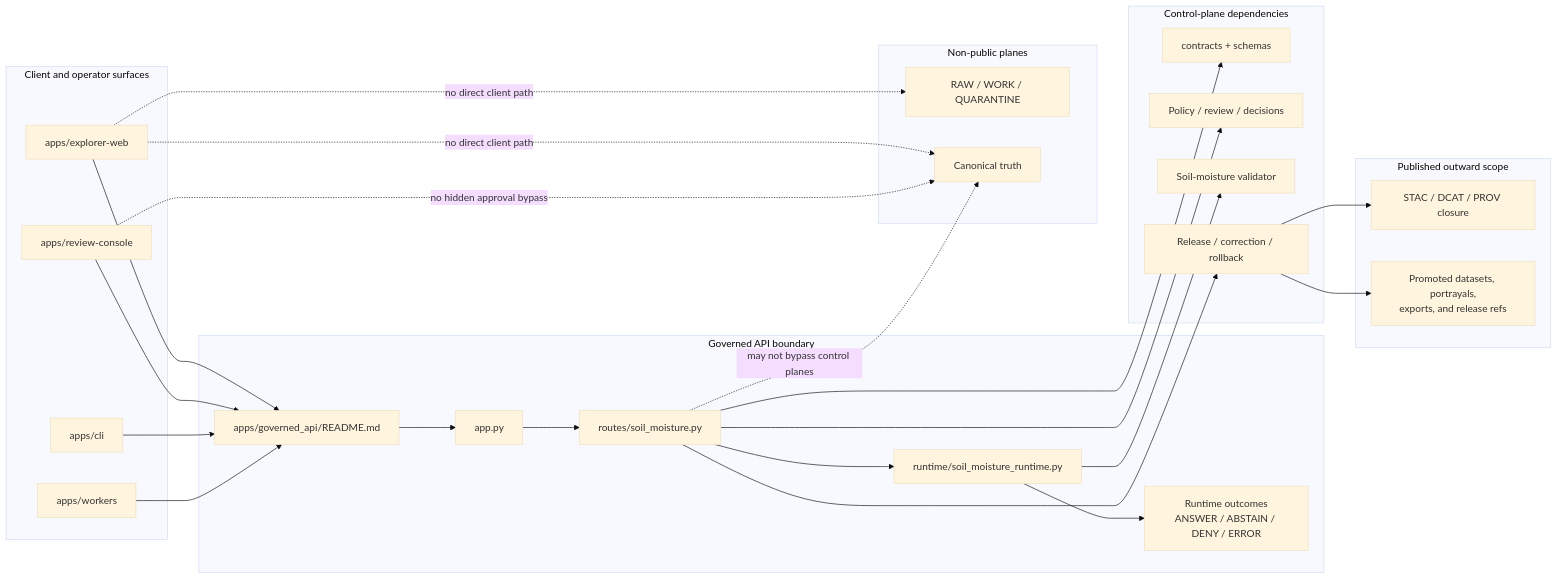
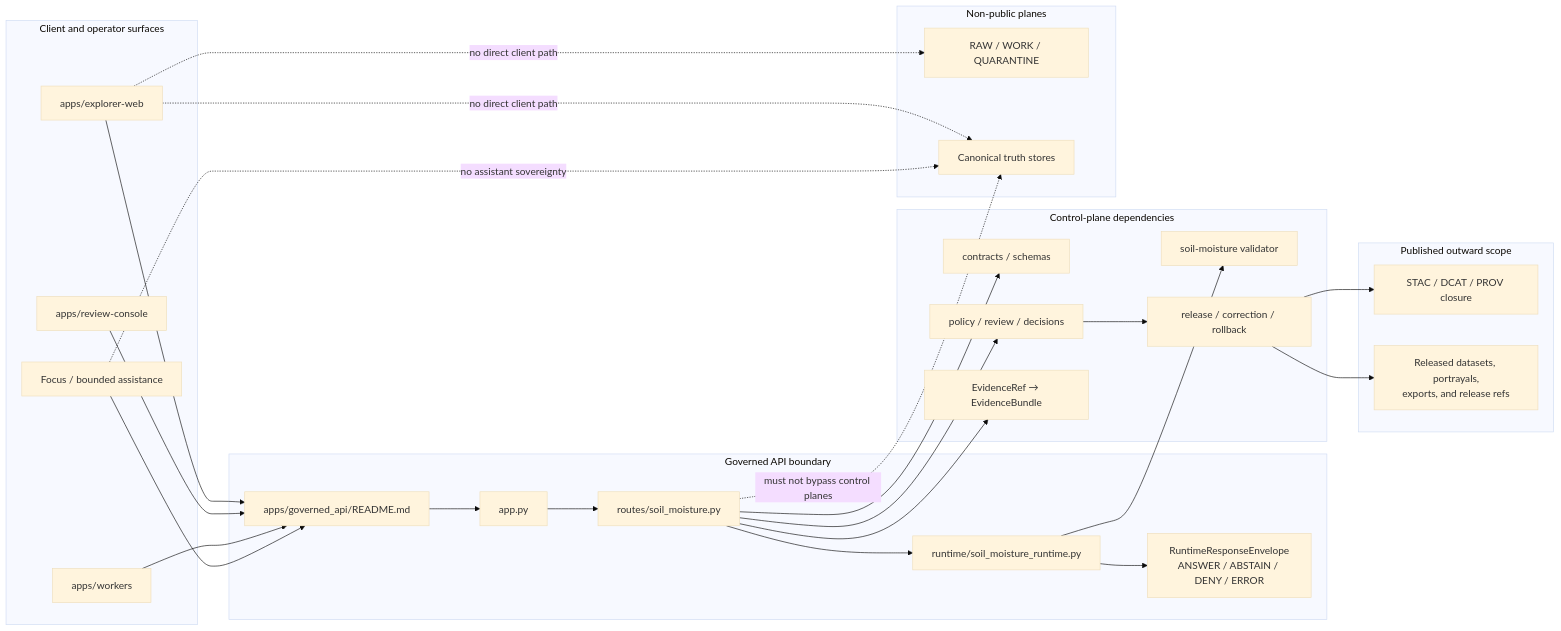
The diagram in apps/governed-api/README.md (bartytime4life/Kansas-Frontier-Matrix), drawn with Mermaid (base theme) before and after one commit. The commit also changed other lines of this file, not shown here.

````diff
--- a/apps/governed-api/README.md
+++ b/apps/governed-api/README.md
@@ -410,56 +406,59 @@
 ```mermaid
 flowchart LR
     subgraph Clients["Client and operator surfaces"]
         Explorer["apps/explorer-web"]
         Review["apps/review-console"]
-        CLI["apps/cli"]
         Workers["apps/workers"]
+        Focus["Focus / bounded assistance"]
     end
 
     subgraph Boundary["Governed API boundary"]
-        BoundaryReadme["apps/governed_api/README.md"]
+        Readme["apps/governed_api/README.md"]
         App["app.py"]
         Route["routes/soil_moisture.py"]
         Runtime["runtime/soil_moisture_runtime.py"]
-        Envelope["Runtime outcomes\nANSWER / ABSTAIN / DENY / ERROR"]
+        Outcomes["RuntimeResponseEnvelope\nANSWER / ABSTAIN / DENY / ERROR"]
     end
 
     subgraph Control["Control-plane dependencies"]
-        Contracts["contracts + schemas"]
-        Policy["Policy / review / decisions"]
-        Validator["Soil-moisture validator"]
-        Release["Release / correction / rollback"]
+        Contracts["contracts / schemas"]
+        Policy["policy / review / decisions"]
+        Validation["soil-moisture validator"]
+        Release["release / correction / rollback"]
+        Evidence["EvidenceRef → EvidenceBundle"]
     end
 
     subgraph Published["Published outward scope"]
-        Closure["STAC / DCAT / PROV closure"]
-        Releases["Promoted datasets, portrayals,\nexports, and release refs"]
+        Catalog["STAC / DCAT / PROV closure"]
+        Portrayals["Released datasets, portrayals,\nexports, and release refs"]
     end
 
     subgraph NonPublic["Non-public planes"]
         Raw["RAW / WORK / QUARANTINE"]
-        Canon["Canonical truth"]
+        Canonical["Canonical truth stores"]
     end
 
-    Explorer --> BoundaryReadme
-    Review --> BoundaryReadme
-    CLI --> BoundaryReadme
-    Workers --> BoundaryReadme
+    Explorer --> Readme
+    Review --> Readme
+    Workers --> Readme
+    Focus --> Readme
 
-    BoundaryReadme --> App
+    Readme --> App
     App --> Route
     Route --> Runtime
-    Runtime --> Envelope
-    Runtime --> Validator
+    Runtime --> Outcomes
+
     Route --> Contracts
     Route --> Policy
-    Route --> Release
+    Route --> Evidence
+    Runtime --> Validation
+    Policy --> Release
 
-    Release --> Closure
-    Release --> Releases
+    Release --> Catalog
+    Release --> Portrayals
 
-    Explorer -. no direct client path .-> Raw
-    Explorer -. no direct client path .-> Canon
-    Route -. may not bypass control planes .-> Canon
-    Review -. no hidden approval bypass .-> Canon
+    Explorer -. "no direct client path" .-> Raw
+    Explorer -. "no direct client path" .-> Canonical
+    Route -. "must not bypass control planes" .-> Canonical
+    Focus -. "no assistant sovereignty" .-> Canonical
 ```
````
